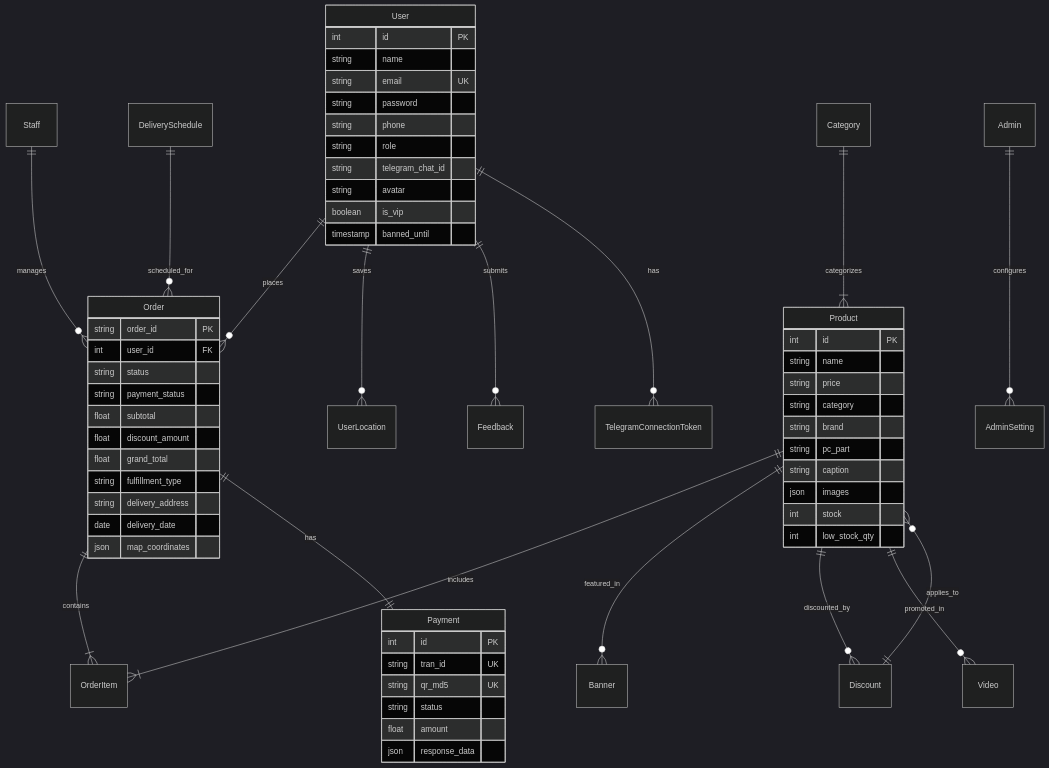
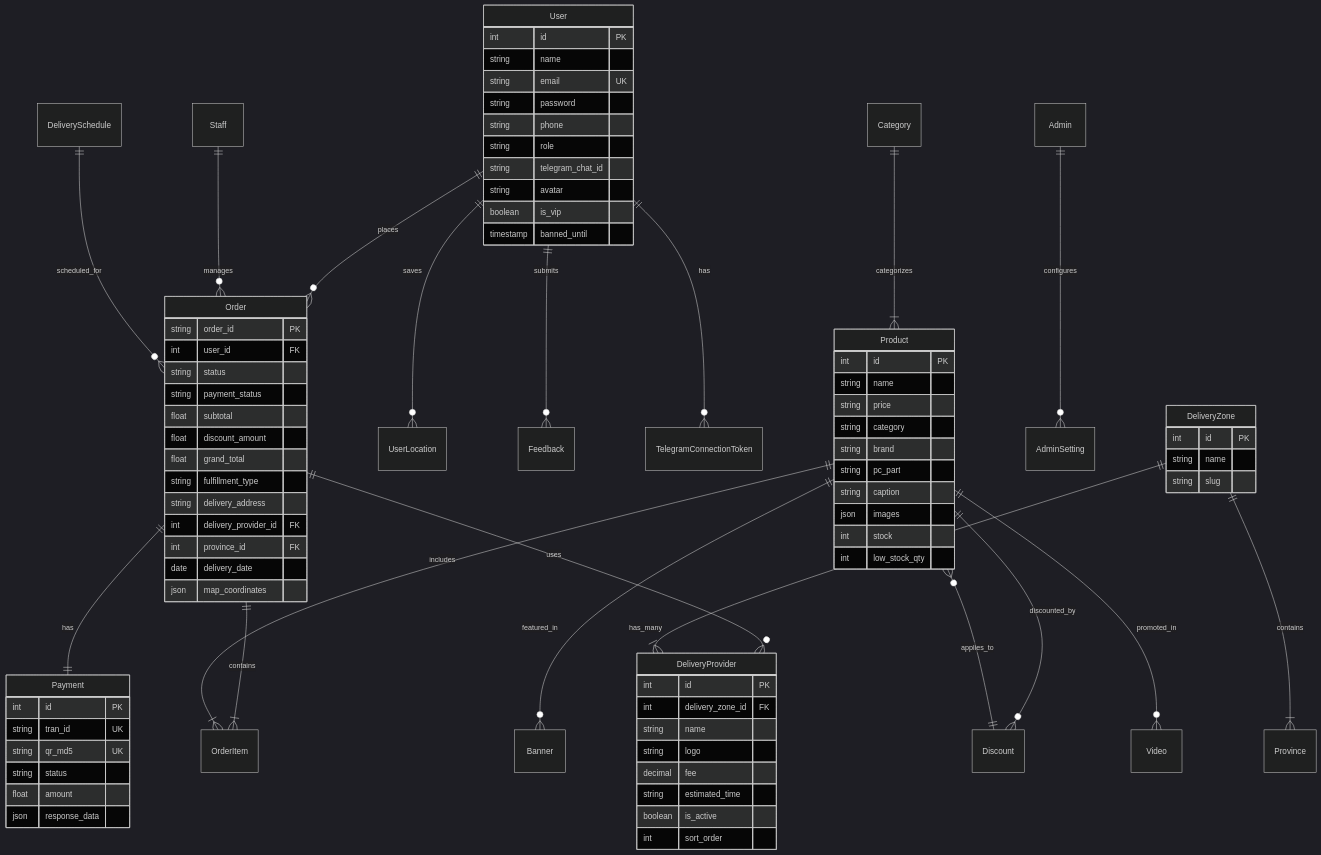
Before and after one commit to COPYProgrammer168/Tronmatix_WebTest: the fourth of 5 diagrams in README.md, drawn with Mermaid (dark theme). The commit also changed other lines of this file and 16 other files, not shown here.

````diff
--- a/README.md
+++ b/README.md
@@ -526,6 +806,7 @@
     User ||--o{ TelegramConnectionToken : has
     Order ||--|{ OrderItem : contains
     Order ||--|| Payment : has
+    Order ||--o{ DeliveryProvider : uses
     Product ||--|{ OrderItem : includes
     Product ||--o{ Banner : featured_in
     Product ||--o{ Discount : discounted_by
@@ -535,6 +816,8 @@
     Staff ||--o{ Order : manages
     Discount ||--o{ Product : applies_to
     DeliverySchedule ||--o{ Order : scheduled_for
+    DeliveryZone ||--|{ Province : contains
+    DeliveryZone ||--|{ DeliveryProvider : has_many
 
     User {
         int id PK
@@ -559,6 +842,8 @@
         float grand_total
         string fulfillment_type
         string delivery_address
+        int delivery_provider_id FK
+        int province_id FK
         date delivery_date
         json map_coordinates
     }
@@ -584,4 +869,21 @@
         float amount
         json response_data
     }
+
+    DeliveryZone {
+        int id PK
+        string name
+        string slug
+    }
+
+    DeliveryProvider {
+        int id PK
+        int delivery_zone_id FK
+        string name
+        string logo
+        decimal fee
+        string estimated_time
+        boolean is_active
+        int sort_order
+    }
 ```
````
